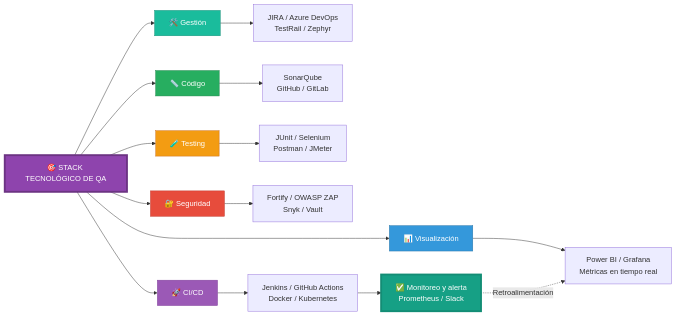
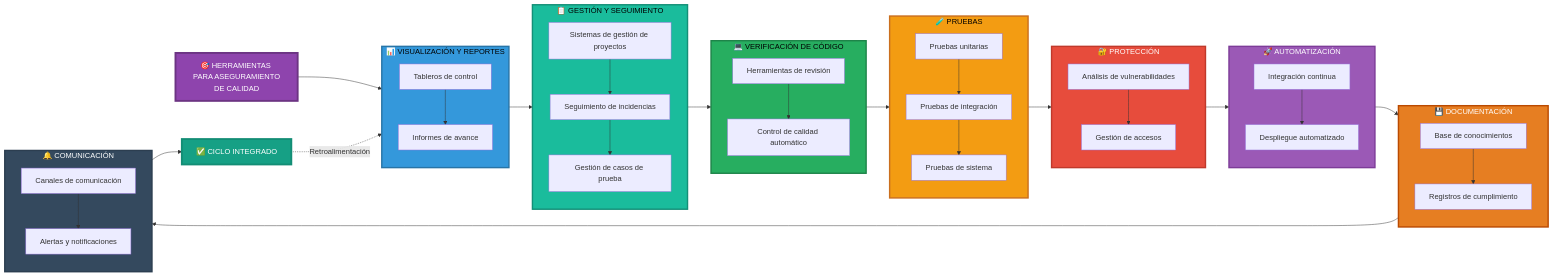
One commit to titoruizh/Topico_Ing_Software changed the fourth of 4 diagrams in README.md. Above: the diagram before and after it, drawn with Mermaid.

Commit message:
Revise QA tools diagram and structure

````diff
--- a/README.md
+++ b/README.md
@@ -111,40 +111,68 @@
 ```mermaid
 graph LR
-    START[🎯 STACK TECNOLÓGICO DE QA]
+    START[🎯 HERRAMIENTAS PARA ASEGURAMIENTO<br/>DE CALIDAD]
 
-    %% Agrupando herramientas por áreas clave
-    START --> A[📊 Visualización]
-    START --> B[🛠️ Gestión]
-    START --> C[📏 Código]
-    START --> D[🧪 Testing]
-    
-    A --> A1[Power BI / Grafana<br>Métricas en tiempo real]
-    
-    B --> B1[JIRA / Azure DevOps<br>TestRail / Zephyr]
-    
-    C --> C1[SonarQube<br>GitHub / GitLab]
-    
-    D --> D1[JUnit / Selenium<br>Postman / JMeter]
+    subgraph CAPA1["📊 VISUALIZACIÓN Y REPORTES"]
+        A1[Tableros de control]
+        A2[Informes de avance]
+        A1 --> A2
+    end
 
-    %% Seguridad y despliegue
-    START --> E[🔐 Seguridad]
-    START --> F[🚀 CI/CD]
-    
-    E --> E1[Fortify / OWASP ZAP<br>Snyk / Vault]
-    
-    F --> F1[Jenkins / GitHub Actions<br>Docker / Kubernetes]
-    
-    %% Ciclo completo
-    F1 --> FIN[✅ Monitoreo y alerta<br>Prometheus / Slack]
-    FIN -.->|Retroalimentación| A1
+    subgraph CAPA2["📋 GESTIÓN Y SEGUIMIENTO"]
+        B1[Sistemas de gestión de proyectos]
+        B2[Seguimiento de incidencias]
+        B3[Gestión de casos de prueba]
+        B1 --> B2 --> B3
+    end
 
-    %% Estilos
-    style START fill:#8E44AD,stroke:#6C3483,stroke-width:4px,color:#FFF
-    style A fill:#3498DB,stroke:#2874A6,color:#FFF
-    style B fill:#1ABC9C,stroke:#148F77,color:#FFF
-    style C fill:#27AE60,stroke:#1E8449,color:#FFF
-    style D fill:#F39C12,stroke:#CA6F1E,color:#FFF
-    style E fill:#E74C3C,stroke:#C0392B,color:#FFF
-    style F fill:#9B59B6,stroke:#7D3C98,color:#FFF
-    style FIN fill:#16A085,stroke:#138D75,stroke-width:4px,color:#FFF
+    subgraph CAPA3["💻 VERIFICACIÓN DE CÓDIGO"]
+        C1[Herramientas de revisión]
+        C2[Control de calidad automático]
+        C1 --> C2
+    end
+
+    subgraph CAPA4["🧪 PRUEBAS"]
+        D1[Pruebas unitarias]
+        D2[Pruebas de integración]
+        D3[Pruebas de sistema]
+        D1 --> D2 --> D3
+    end
+
+    subgraph CAPA5["🔐 PROTECCIÓN"]
+        E1[Análisis de vulnerabilidades]
+        E2[Gestión de accesos]
+        E1 --> E2
+    end
+
+    subgraph CAPA6["🚀 AUTOMATIZACIÓN"]
+        F1[Integración continua]
+        F2[Despliegue automatizado]
+        F1 --> F2
+    end
+
+    subgraph CAPA7["💾 DOCUMENTACIÓN"]
+        G1[Base de conocimientos]
+        G2[Registros de cumplimiento]
+        G1 --> G2
+    end
+
+    subgraph CAPA8["🔔 COMUNICACIÓN"]
+        H1[Canales de comunicación]
+        H2[Alertas y notificaciones]
+        H1 --> H2
+    end
+
+    START --> CAPA1 --> CAPA2 --> CAPA3 --> CAPA4 --> CAPA5 --> CAPA6 --> CAPA7 --> CAPA8 --> FIN[✅ CICLO INTEGRADO]
+    FIN -.->|Retroalimentación| CAPA1
+
+    style START fill:#8E44AD,stroke:#6C3483,stroke-width:4px,color:#FFF,font-size:16px
+    style CAPA1 fill:#3498DB,stroke:#2874A6,stroke-width:3px,color:#000
+    style CAPA2 fill:#1ABC9C,stroke:#148F77,stroke-width:3px,color:#000
+    style CAPA3 fill:#27AE60,stroke:#1E8449,stroke-width:3px,color:#000
+    style CAPA4 fill:#F39C12,stroke:#CA6F1E,stroke-width:3px,color:#000
+    style CAPA5 fill:#E74C3C,stroke:#C0392B,stroke-width:3px,color:#FFF
+    style CAPA6 fill:#9B59B6,stroke:#7D3C98,stroke-width:3px,color:#FFF
+    style CAPA7 fill:#E67E22,stroke:#BA4A00,stroke-width:3px,color:#FFF
+    style CAPA8 fill:#34495E,stroke:#2C3E50,stroke-width:3px,color:#FFF
+    style FIN fill:#16A085,stroke:#138D75,stroke-width:4px,color:#FFF,font-size:16px
 ```
````
